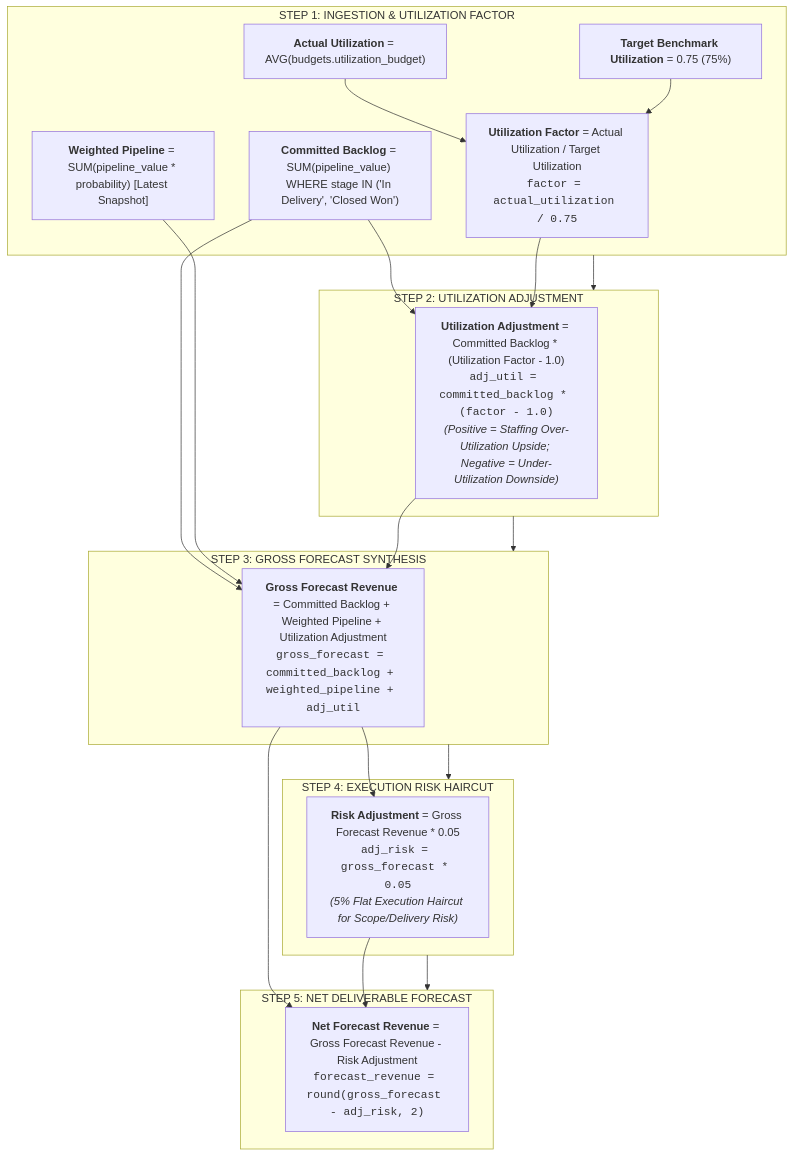
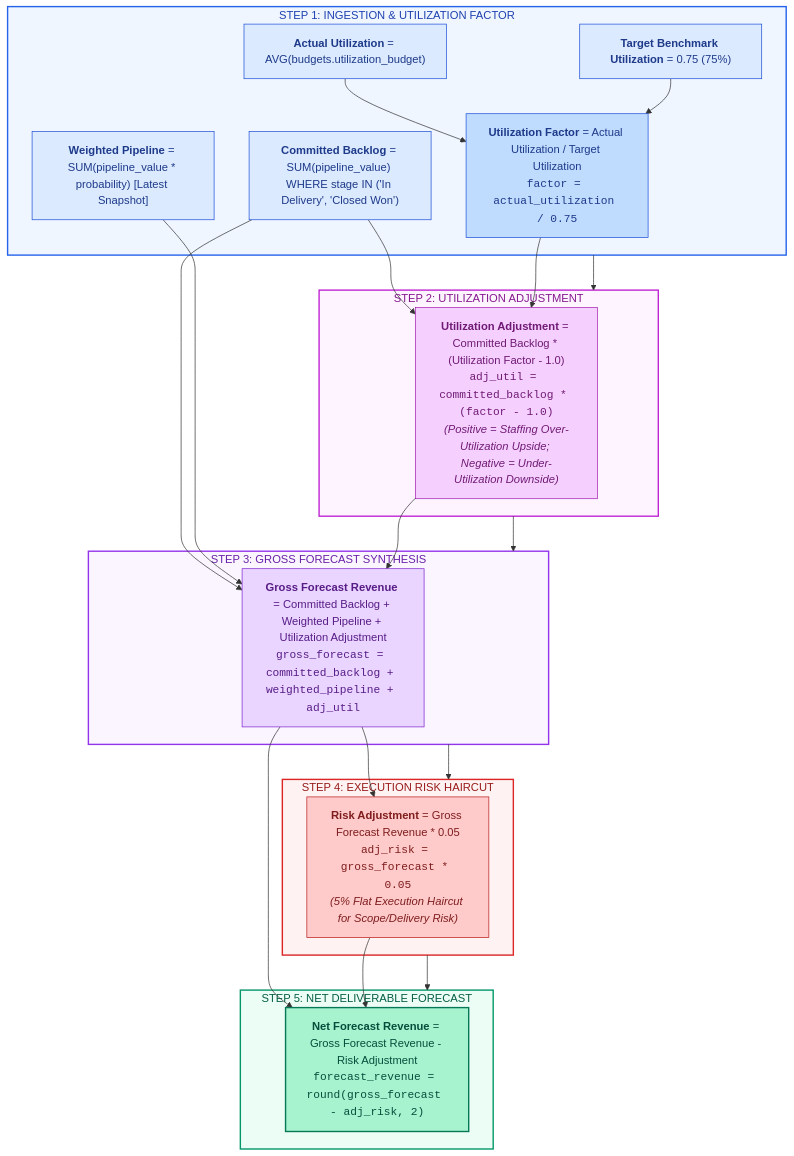
Before and after one commit to VED-VIVEK-TALMALEY/x-fin: the fourth of 7 diagrams in README.md, drawn with Mermaid. The commit also changed other lines of this file and 6 other files, not shown here.

````diff
--- a/README.md
+++ b/README.md
@@ -115,34 +171,51 @@
 ```mermaid
 flowchart TD
     subgraph S1["STEP 1: INGESTION & UTILIZATION FACTOR"]
         IN_B["<b>Committed Backlog</b> = SUM(pipeline_value) WHERE stage IN ('In Delivery', 'Closed Won')"]
         IN_P["<b>Weighted Pipeline</b> = SUM(pipeline_value * probability) [Latest Snapshot]"]
         IN_U["<b>Actual Utilization</b> = AVG(budgets.utilization_budget)"]
         IN_TU["<b>Target Benchmark Utilization</b> = 0.75 (75%)"]
 
         CALC_F["<b>Utilization Factor</b> = Actual Utilization / Target Utilization<br/><code>factor = actual_utilization / 0.75</code>"]
         IN_U & IN_TU --> CALC_F
     end
 
     subgraph S2["STEP 2: UTILIZATION ADJUSTMENT"]
         CALC_UA["<b>Utilization Adjustment</b> = Committed Backlog * (Utilization Factor - 1.0)<br/><code>adj_util = committed_backlog * (factor - 1.0)</code><br/><i>(Positive = Staffing Over-Utilization Upside; Negative = Under-Utilization Downside)</i>"]
         IN_B & CALC_F --> CALC_UA
     end
 
     subgraph S3["STEP 3: GROSS FORECAST SYNTHESIS"]
         CALC_GF["<b>Gross Forecast Revenue</b> = Committed Backlog + Weighted Pipeline + Utilization Adjustment<br/><code>gross_forecast = committed_backlog + weighted_pipeline + adj_util</code>"]
         IN_B & IN_P & CALC_UA --> CALC_GF
     end
 
     subgraph S4["STEP 4: EXECUTION RISK HAIRCUT"]
         CALC_RH["<b>Risk Adjustment</b> = Gross Forecast Revenue * 0.05<br/><code>adj_risk = gross_forecast * 0.05</code><br/><i>(5% Flat Execution Haircut for Scope/Delivery Risk)</i>"]
         CALC_GF --> CALC_RH
     end
 
     subgraph S5["STEP 5: NET DELIVERABLE FORECAST"]
         CALC_NF["<b>Net Forecast Revenue</b> = Gross Forecast Revenue - Risk Adjustment<br/><code>forecast_revenue = round(gross_forecast - adj_risk, 2)</code>"]
         CALC_GF & CALC_RH --> CALC_NF
     end
 
     S1 --> S2 --> S3 --> S4 --> S5
+
+    style S1 fill:#EFF6FF,stroke:#2563EB,stroke-width:2px,color:#1E40AF
+    style S2 fill:#FDF4FF,stroke:#C026D3,stroke-width:2px,color:#86198F
+    style S3 fill:#FAF5FF,stroke:#9333EA,stroke-width:2px,color:#6B21A8
+    style S4 fill:#FEF2F2,stroke:#DC2626,stroke-width:2px,color:#991B1B
+    style S5 fill:#ECFDF5,stroke:#059669,stroke-width:2px,color:#065F46
+
+    style IN_B fill:#DBEAFE,stroke:#1D4ED8,stroke-width:1px,color:#1E3A8A
+    style IN_P fill:#DBEAFE,stroke:#1D4ED8,stroke-width:1px,color:#1E3A8A
+    style IN_U fill:#DBEAFE,stroke:#1D4ED8,stroke-width:1px,color:#1E3A8A
+    style IN_TU fill:#DBEAFE,stroke:#1D4ED8,stroke-width:1px,color:#1E3A8A
+    style CALC_F fill:#BFDBFE,stroke:#1D4ED8,stroke-width:1px,color:#1E3A8A
+
+    style CALC_UA fill:#F5D0FE,stroke:#A21CAF,stroke-width:1px,color:#701A75
+    style CALC_GF fill:#E9D5FF,stroke:#7E22CE,stroke-width:1px,color:#581C87
+    style CALC_RH fill:#FECACA,stroke:#B91C1C,stroke-width:1px,color:#7F1D1D
+    style CALC_NF fill:#A7F3D0,stroke:#047857,stroke-width:2px,color:#064E3B
 ```
````
